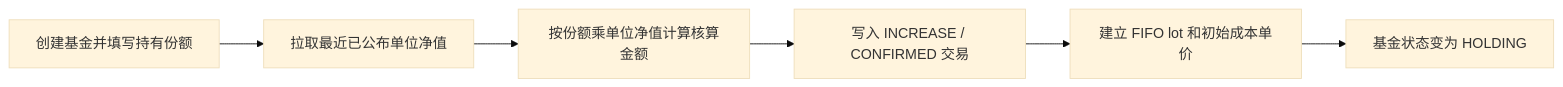
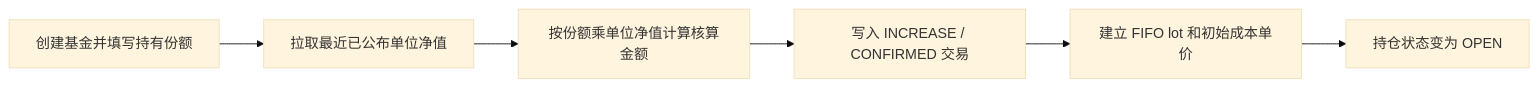
The second of 2 diagrams in docs/business/fund-and-position.md (coolmentha/fundpilot), drawn with Mermaid (base theme) before and after one commit. The commit also changed other lines of this file and 165 other files, not shown here.

````diff
--- a/docs/business/fund-and-position.md
+++ b/docs/business/fund-and-position.md
@@ -55,8 +54,8 @@
 ```mermaid
 flowchart LR
     A[创建基金并填写持有份额] --> B[拉取最近已公布单位净值]
     B --> C[按份额乘单位净值计算核算金额]
     C --> D[写入 INCREASE / CONFIRMED 交易]
     D --> E[建立 FIFO lot 和初始成本单价]
-    E --> F[基金状态变为 HOLDING]
+    E --> F[持仓状态变为 OPEN]
 ```
````
